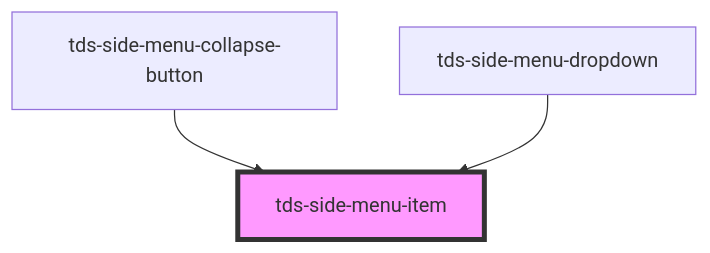
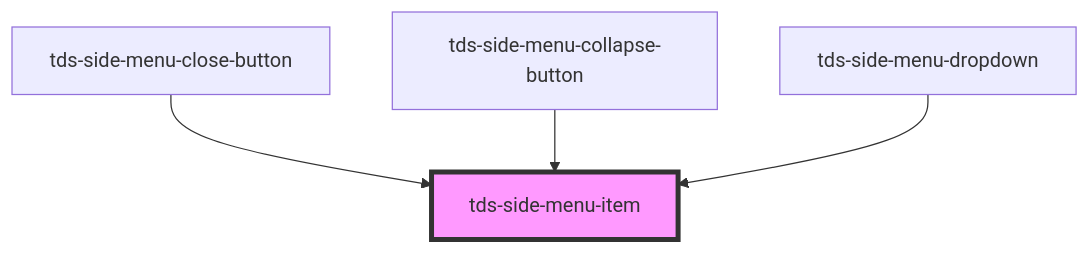
Before and after one commit to scania-digital-design-system/tegel: the diagram in packages/core/src/components/side-menu/side-menu-item/readme.md, drawn with Mermaid. The commit also changed other lines of this file and 15 other files, not shown here.

````diff
--- a/packages/core/src/components/side-menu/side-menu-item/readme.md
+++ b/packages/core/src/components/side-menu/side-menu-item/readme.md
@@ -31,6 +32,7 @@
 ```mermaid
 graph TD;
+  tds-side-menu-close-button --> tds-side-menu-item
   tds-side-menu-collapse-button --> tds-side-menu-item
   tds-side-menu-dropdown --> tds-side-menu-item
   style tds-side-menu-item fill:#f9f,stroke:#333,stroke-width:4px
 ```
````
